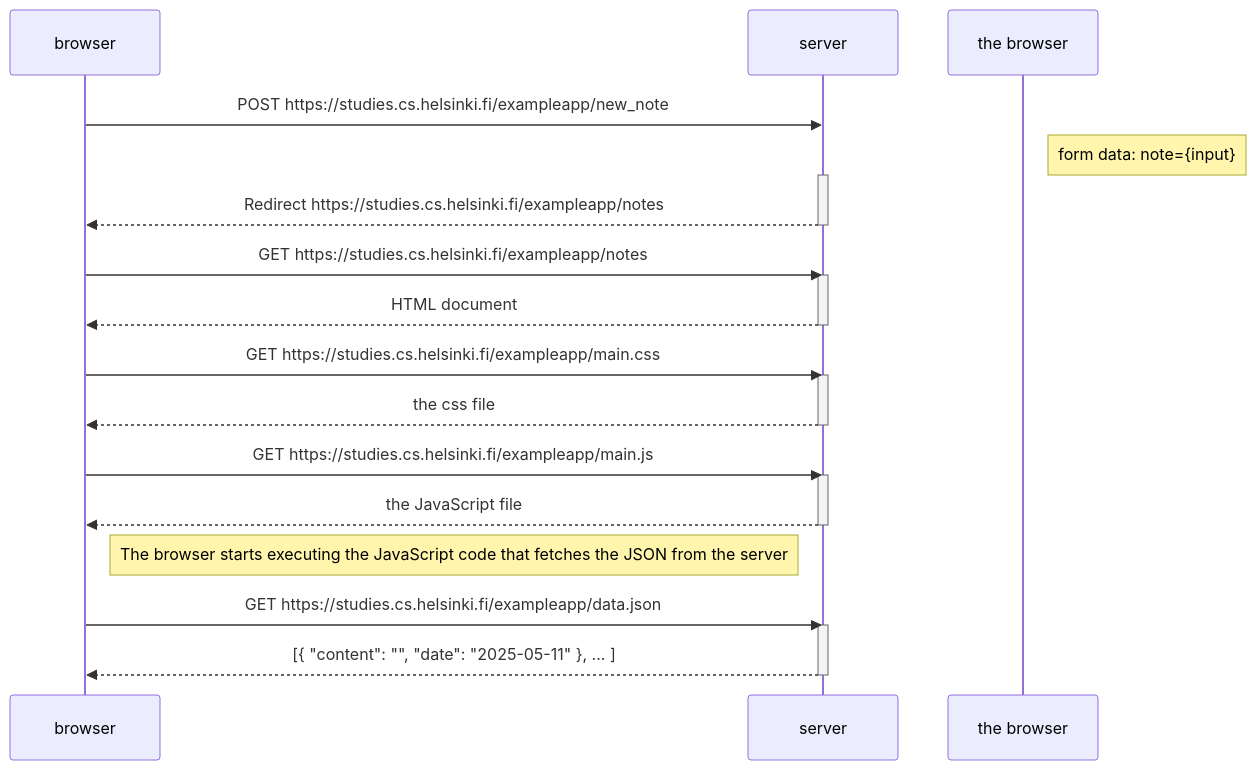
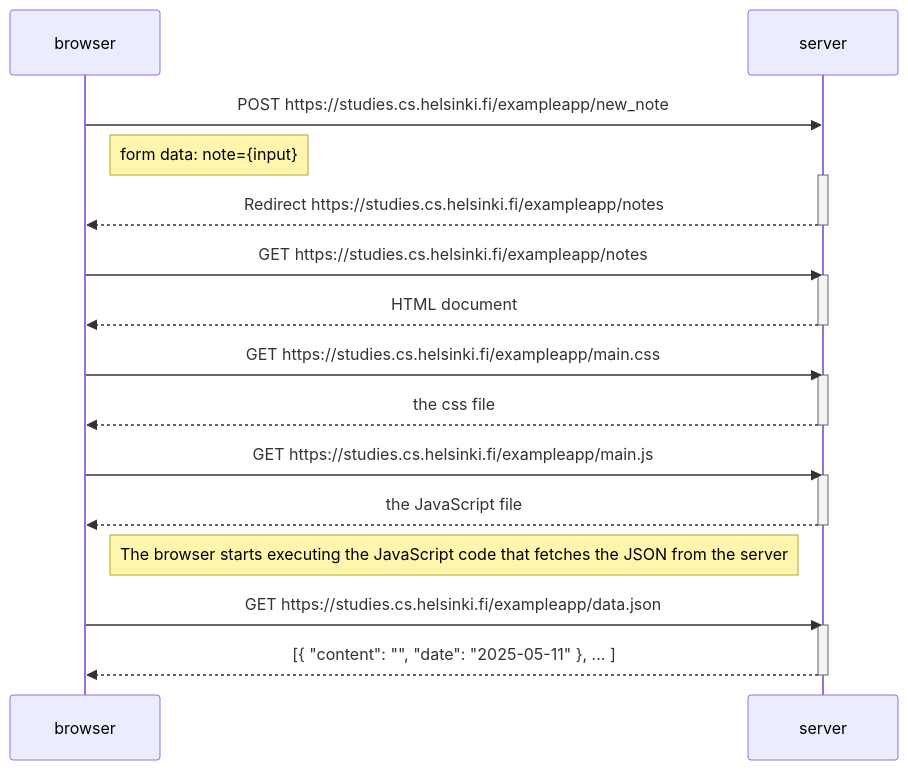
Before and after one commit to ichts/fullstackopen: the diagram in part0/ex-4.md, drawn with Mermaid.

Commit message:
fix syntax error

````diff
--- a/part0/ex-4.md
+++ b/part0/ex-4.md
@@ -1,33 +1,33 @@
 ```mermaid
 sequenceDiagram
   participant browser
   participant server
 
   browser->>server: POST https://studies.cs.helsinki.fi/exampleapp/new_note
-  Note right of the browser: form data: note={input}
+  Note right of browser: form data: note={input}
   activate server
   server-->>browser: Redirect https://studies.cs.helsinki.fi/exampleapp/notes
   deactivate server
 
   browser->>server: GET https://studies.cs.helsinki.fi/exampleapp/notes
   activate server
   server-->>browser: HTML document
   deactivate server
 
   browser->>server: GET https://studies.cs.helsinki.fi/exampleapp/main.css
   activate server
   server-->>browser: the css file
   deactivate server
 
   browser->>server: GET https://studies.cs.helsinki.fi/exampleapp/main.js
   activate server
   server-->>browser: the JavaScript file
   deactivate server
 
   Note right of browser: The browser starts executing the JavaScript code that fetches the JSON from the server
 
   browser->>server: GET https://studies.cs.helsinki.fi/exampleapp/data.json
   activate server
   server-->>browser: [{ "content": "", "date": "2025-05-11" }, ... ]
   deactivate server
 ```
````
